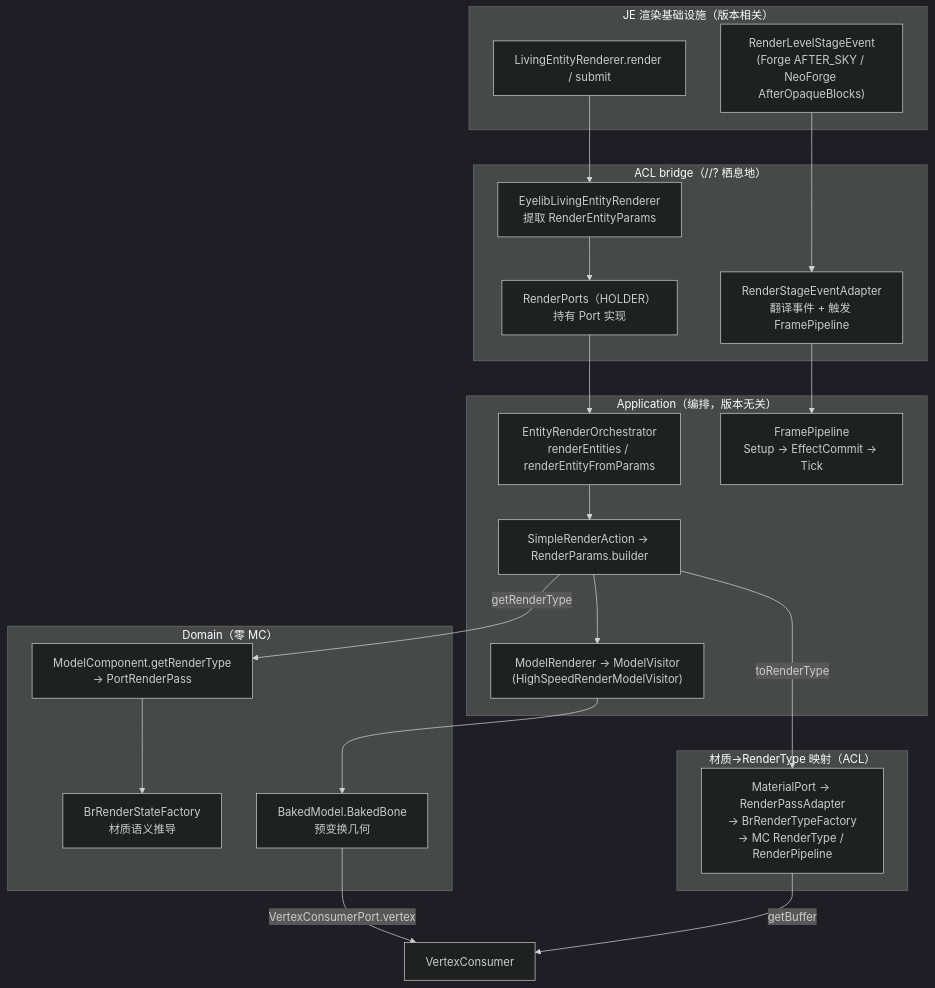
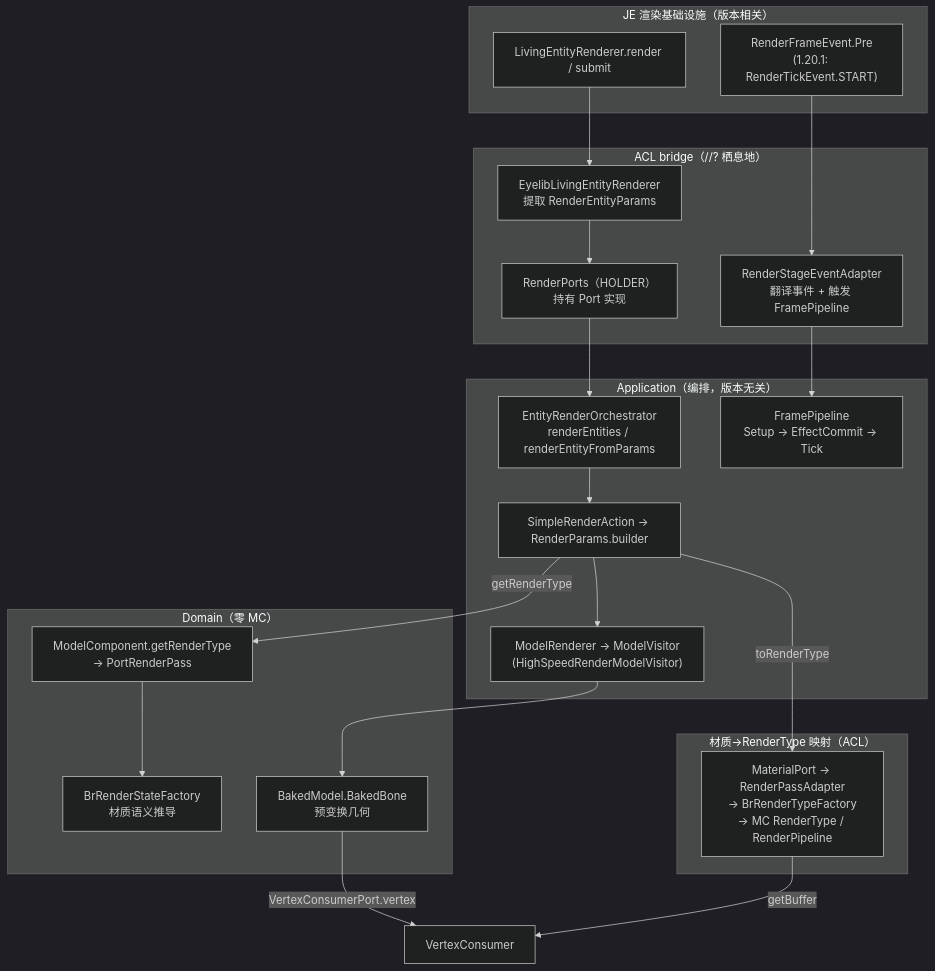
One commit to TT432/eyelib changed the first of 3 diagrams in docs/concepts/cross-version-render-architecture.md. Above: the diagram before and after it, drawn with Mermaid (dark theme). The commit also changed other lines of this file and 4 other files, not shown here.

````diff
--- a/docs/concepts/cross-version-render-architecture.md
+++ b/docs/concepts/cross-version-render-architecture.md
@@ -110,40 +110,40 @@
 ```mermaid
 flowchart TD
     subgraph JE["JE 渲染基础设施（版本相关）"]
-        E1["RenderLevelStageEvent<br/>(Forge AFTER_SKY / NeoForge AfterOpaqueBlocks)"]
+        E1["RenderFrameEvent.Pre<br/>(1.20.1: RenderTickEvent.START)"]
         E2["LivingEntityRenderer.render / submit"]
     end
 
     subgraph ACL["ACL bridge（//? 栖息地）"]
         A1["RenderStageEventAdapter<br/>翻译事件 + 触发 FramePipeline"]
         A2["EyelibLivingEntityRenderer<br/>提取 RenderEntityParams"]
         A3["RenderPorts（HOLDER）<br/>持有 Port 实现"]
     end
 
     subgraph APP["Application（编排，版本无关）"]
         P1["EntityRenderOrchestrator<br/>renderEntities / renderEntityFromParams"]
         P2["FramePipeline<br/>Setup → EffectCommit → Tick"]
         P3["SimpleRenderAction → RenderParams.builder"]
         P4["ModelRenderer → ModelVisitor<br/>(HighSpeedRenderModelVisitor)"]
     end
 
     subgraph DOM["Domain（零 MC）"]
         D1["ModelComponent.getRenderType<br/>→ PortRenderPass"]
         D2["BrRenderStateFactory<br/>材质语义推导"]
         D3["BakedModel.BakedBone<br/>预变换几何"]
     end
 
     subgraph MAP["材质→RenderType 映射（ACL）"]
         M1["MaterialPort → RenderPassAdapter<br/>→ BrRenderTypeFactory<br/>→ MC RenderType / RenderPipeline"]
     end
 
     E1 --> A1 --> P2
     E2 --> A2 --> A3
     P1 --> P3
     P3 -->|getRenderType| D1 --> D2
     P3 -->|toRenderType| M1
     M1 -->|getBuffer| VC["VertexConsumer"]
     P3 --> P4 --> D3
     D3 -->|VertexConsumerPort.vertex| VC
     A3 --> P1
 ```
````
